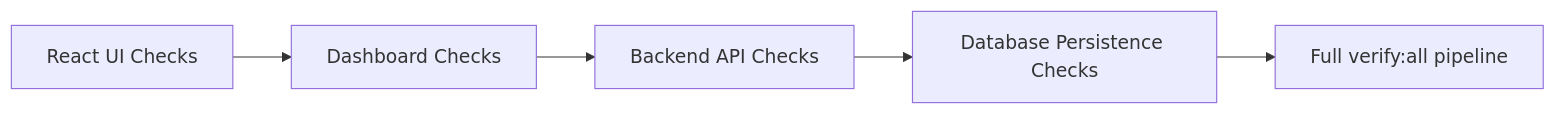
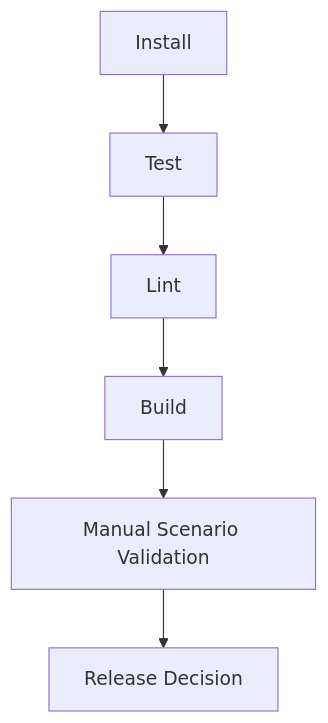
Before and after one commit to ramalokeshreddyp/KernelCanvas: the fifth of 5 diagrams in projectdocumentation.md, drawn with Mermaid. The commit also changed other lines of this file and 51 other files, not shown here.

````diff
--- a/projectdocumentation.md
+++ b/projectdocumentation.md
@@ -378,7 +222,8 @@
 ```mermaid
-flowchart LR
-  R[React UI Checks] --> A[Dashboard Checks]
-  A --> B[Backend API Checks]
-  B --> D[Database Persistence Checks]
-  D --> V[Full verify:all pipeline]
+flowchart TD
+  A[Install] --> B[Test]
+  B --> C[Lint]
+  C --> D[Build]
+  D --> E[Manual Scenario Validation]
+  E --> F[Release Decision]
 ```
````
